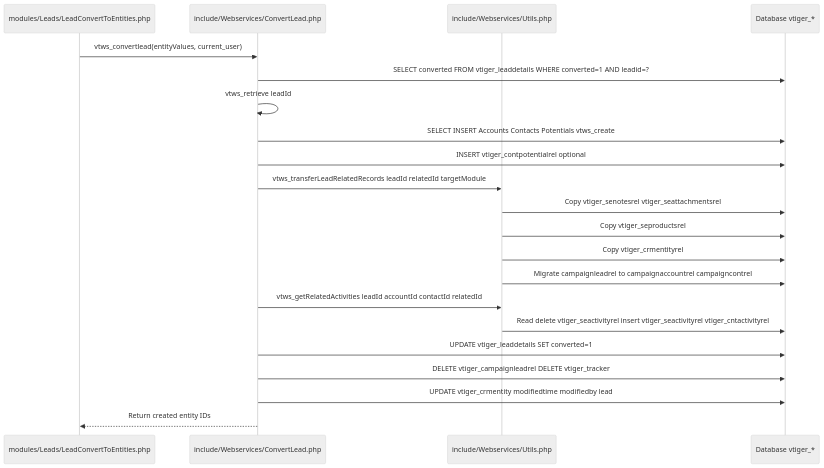
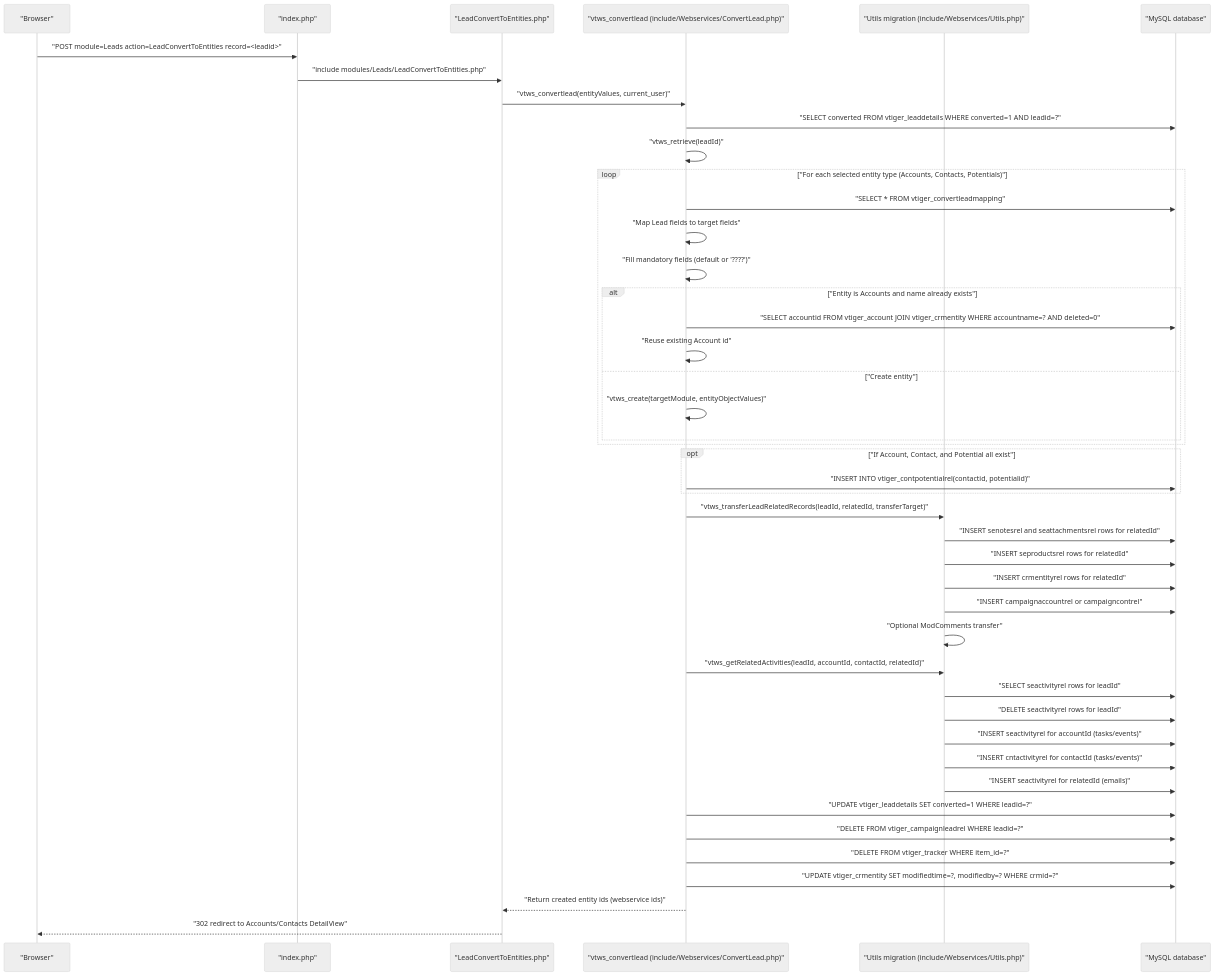
The second of 7 diagrams in Docs/LLd.md (Cyb3rHash/vtigercrm-338345), drawn with Mermaid (neutral theme) before and after one commit. The commit also changed other lines of this file and 4 other files, not shown here.

````diff
--- a/Docs/LLd.md
+++ b/Docs/LLd.md
@@ -441,24 +557,54 @@
 ```mermaid
 sequenceDiagram
-  participant UI as modules/Leads/LeadConvertToEntities.php
-  participant CL as include/Webservices/ConvertLead.php
-  participant U as include/Webservices/Utils.php
-  participant DB as Database vtiger_*
+  participant B as "Browser"
+  participant I as "index.php"
+  participant UI as "LeadConvertToEntities.php"
+  participant CL as "vtws_convertlead (include/Webservices/ConvertLead.php)"
+  participant UT as "Utils migration (include/Webservices/Utils.php)"
+  participant DB as "MySQL database"
 
-  UI->>CL: vtws_convertlead(entityValues, current_user)
-  CL->>DB: SELECT converted FROM vtiger_leaddetails WHERE converted=1 AND leadid=?
-  CL->>CL: vtws_retrieve leadId
-  CL->>DB: SELECT INSERT Accounts Contacts Potentials vtws_create
-  CL->>DB: INSERT vtiger_contpotentialrel optional
-  CL->>U: vtws_transferLeadRelatedRecords leadId relatedId targetModule
-  U->>DB: Copy vtiger_senotesrel vtiger_seattachmentsrel
-  U->>DB: Copy vtiger_seproductsrel
-  U->>DB: Copy vtiger_crmentityrel
-  U->>DB: Migrate campaignleadrel to campaignaccountrel campaigncontrel
-  CL->>U: vtws_getRelatedActivities leadId accountId contactId relatedId
-  U->>DB: Read delete vtiger_seactivityrel insert vtiger_seactivityrel vtiger_cntactivityrel
-  CL->>DB: UPDATE vtiger_leaddetails SET converted=1
-  CL->>DB: DELETE vtiger_campaignleadrel DELETE vtiger_tracker
-  CL->>DB: UPDATE vtiger_crmentity modifiedtime modifiedby lead
-  CL-->>UI: Return created entity IDs
+  B->>I: "POST module=Leads action=LeadConvertToEntities record=<leadid>"
+  I->>UI: "include modules/Leads/LeadConvertToEntities.php"
+  UI->>CL: "vtws_convertlead(entityValues, current_user)"
+
+  CL->>DB: "SELECT converted FROM vtiger_leaddetails WHERE converted=1 AND leadid=?"
+  CL->>CL: "vtws_retrieve(leadId)"
+
+  loop "For each selected entity type (Accounts, Contacts, Potentials)"
+    CL->>DB: "SELECT * FROM vtiger_convertleadmapping"
+    CL->>CL: "Map Lead fields to target fields"
+    CL->>CL: "Fill mandatory fields (default or '????')"
+    alt "Entity is Accounts and name already exists"
+      CL->>DB: "SELECT accountid FROM vtiger_account JOIN vtiger_crmentity WHERE accountname=? AND deleted=0"
+      CL->>CL: "Reuse existing Account id"
+    else "Create entity"
+      CL->>CL: "vtws_create(targetModule, entityObjectValues)"
+    end
+  end
+
+  opt "If Account, Contact, and Potential all exist"
+    CL->>DB: "INSERT INTO vtiger_contpotentialrel(contactid, potentialid)"
+  end
+
+  CL->>UT: "vtws_transferLeadRelatedRecords(leadId, relatedId, transferTarget)"
+  UT->>DB: "INSERT senotesrel and seattachmentsrel rows for relatedId"
+  UT->>DB: "INSERT seproductsrel rows for relatedId"
+  UT->>DB: "INSERT crmentityrel rows for relatedId"
+  UT->>DB: "INSERT campaignaccountrel or campaigncontrel"
+  UT->>UT: "Optional ModComments transfer"
+
+  CL->>UT: "vtws_getRelatedActivities(leadId, accountId, contactId, relatedId)"
+  UT->>DB: "SELECT seactivityrel rows for leadId"
+  UT->>DB: "DELETE seactivityrel rows for leadId"
+  UT->>DB: "INSERT seactivityrel for accountId (tasks/events)"
+  UT->>DB: "INSERT cntactivityrel for contactId (tasks/events)"
+  UT->>DB: "INSERT seactivityrel for relatedId (emails)"
+
+  CL->>DB: "UPDATE vtiger_leaddetails SET converted=1 WHERE leadid=?"
+  CL->>DB: "DELETE FROM vtiger_campaignleadrel WHERE leadid=?"
+  CL->>DB: "DELETE FROM vtiger_tracker WHERE item_id=?"
+  CL->>DB: "UPDATE vtiger_crmentity SET modifiedtime=?, modifiedby=? WHERE crmid=?"
+
+  CL-->>UI: "Return created entity ids (webservice ids)"
+  UI-->>B: "302 redirect to Accounts/Contacts DetailView"
 ```
````
